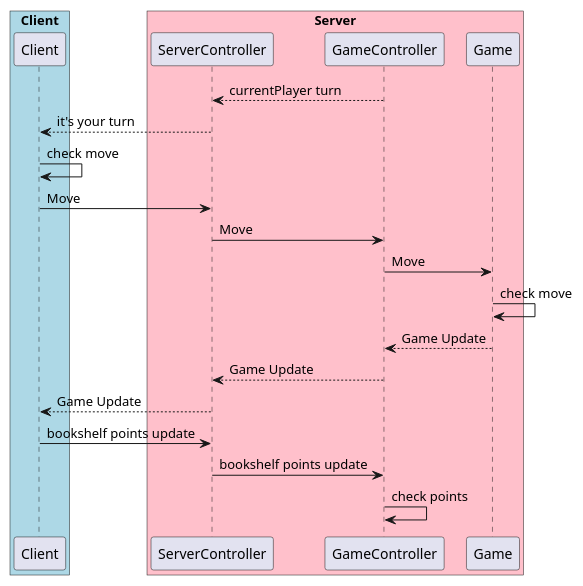
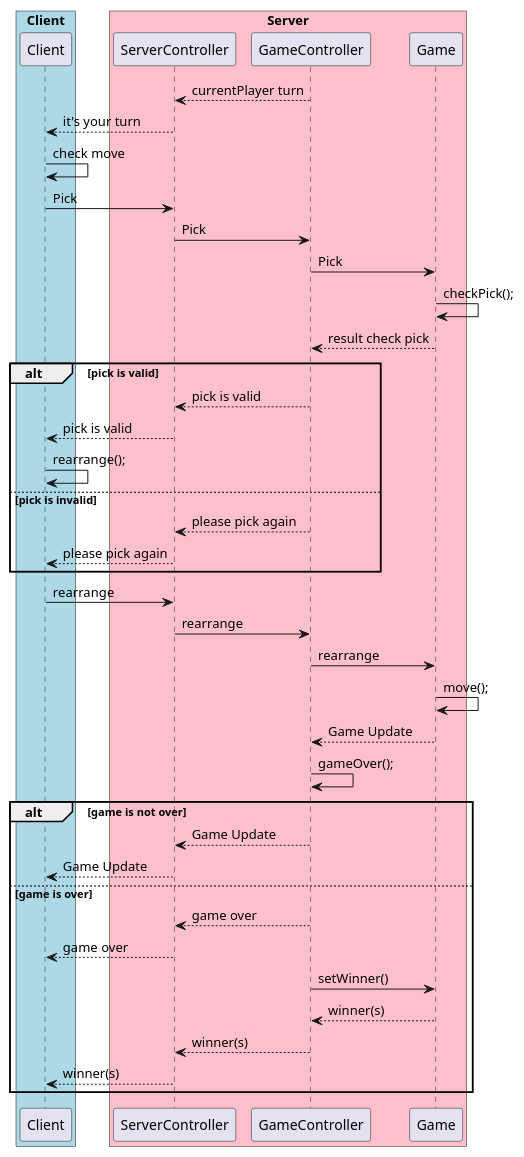
One commit to dltmtt/IS23-AM13 changed the diagram in docs/Sequence Diagram/Turn Phase.puml. Above: the diagram before and after it, drawn with PlantUML. The commit also changed 1 other file, not shown here.

Commit message:
sequence diagram update

```diff
--- a/docs/Sequence Diagram/Turn Phase.puml
+++ b/docs/Sequence Diagram/Turn Phase.puml
@@ -1,32 +1,59 @@
 @startuml
 
 
 box "Client" #LightBlue
 participant Client
 end box
 
 box "Server" #Pink
 participant ServerController
 participant GameController
 participant Game
 end box
 
 ServerController <-- GameController: currentPlayer turn
 ServerController -->Client: it's your turn
 Client->Client: check move
-Client-> ServerController: Move
-ServerController->GameController: Move
-GameController->Game: Move
-Game->Game: check move
+Client-> ServerController: Pick
+ServerController->GameController: Pick
+GameController->Game: Pick
+Game->Game: checkPick();
+Game-->GameController: result check pick
+alt pick is valid
+GameController-->ServerController: pick is valid
+ServerController-->Client: pick is valid
+Client->Client:rearrange();
+else pick is invalid
+GameController-->ServerController: please pick again
+ServerController-->Client: please pick again
+end
+Client->ServerController: rearrange
+ServerController->GameController: rearrange
+GameController->Game: rearrange
+Game->Game: move();
 Game--> GameController: Game Update
+GameController->GameController: gameOver();
+
+alt game is not over
+
 GameController-->ServerController: Game Update
 ServerController-->Client: Game Update
-Client->ServerController: bookshelf points update
-ServerController->GameController: bookshelf points update
-GameController->GameController: check points
+
+else game is over
+GameController-->ServerController: game over
+ServerController-->Client: game over
+GameController->Game: setWinner()
+Game-->GameController: winner(s)
+GameController-->ServerController: winner(s)
+ServerController-->Client: winner(s)
+
+end
+'Client->ServerController: bookshelf points update
+'ServerController->GameController: bookshelf points update
+'GameController->GameController: check points
 
 
 
 
 
 @enduml
```
